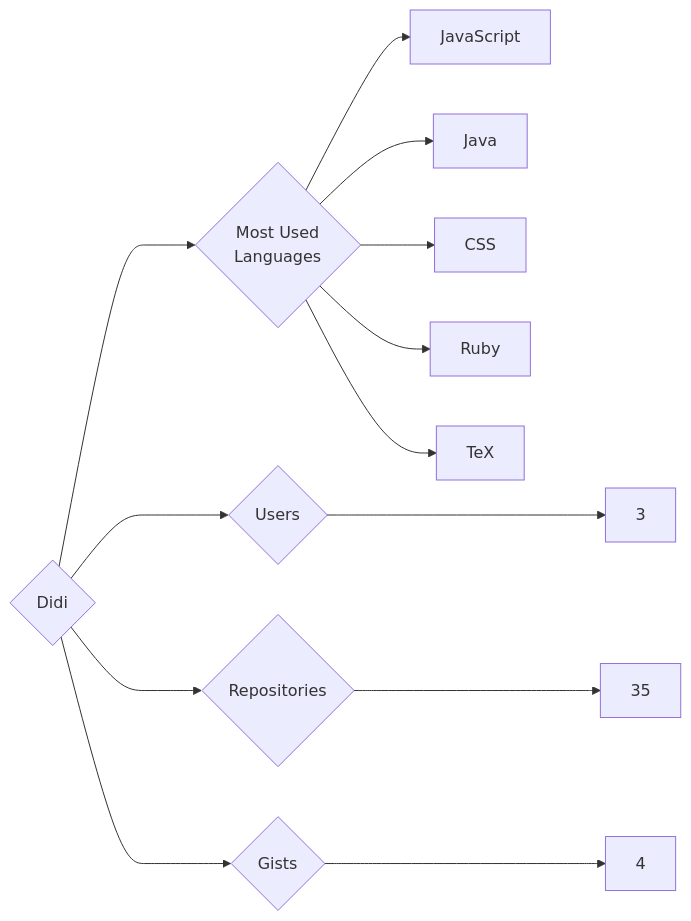
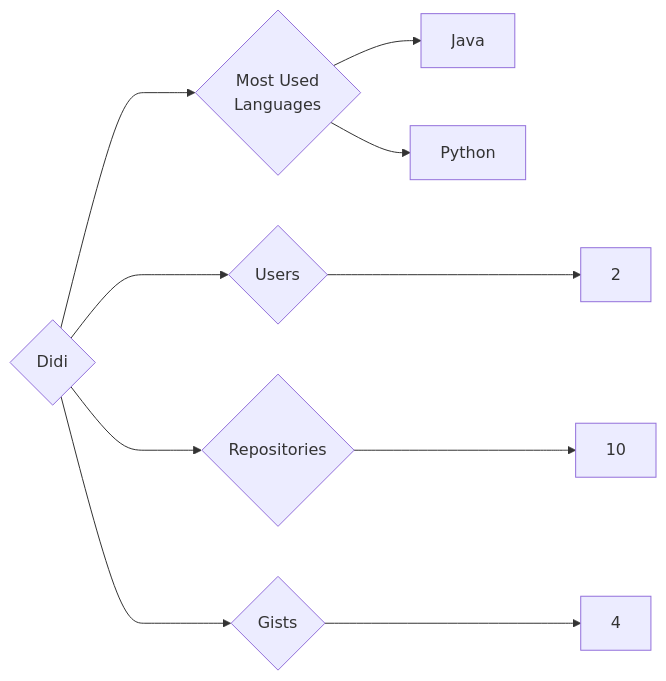
The diagram in targets/Didi/README.md (trickest/insiders), drawn with Mermaid before and after one commit. The commit also changed 1055 other files, not shown here.

````diff
--- a/targets/Didi/README.md
+++ b/targets/Didi/README.md
@@ -3,13 +3,10 @@
 ```mermaid
 graph LR
 COMPANY_NAME{Didi}
-COMPANY_NAME ---> U{Users} ---> UN[3]
-COMPANY_NAME ---> R{Repositories} ---> RN[35]
+COMPANY_NAME ---> U{Users} ---> UN[2]
+COMPANY_NAME ---> R{Repositories} ---> RN[10]
 COMPANY_NAME ---> G{Gists} ---> GN[4]
 COMPANY_NAME ---> ML{Most Used<br>Languages}
-ML --> JavaScript[JavaScript]
 ML --> Java[Java]
-ML --> CSS[CSS]
-ML --> Ruby[Ruby]
-ML --> TeX[TeX]
+ML --> Python[Python]
 ```
````
